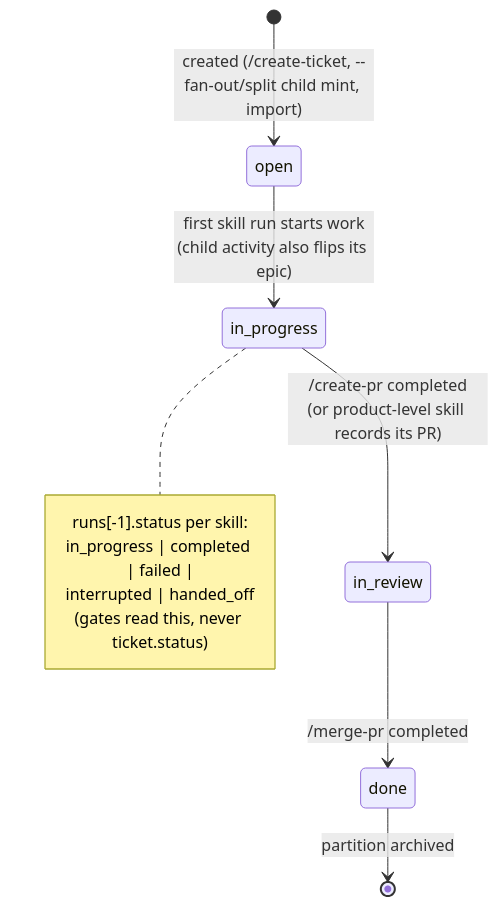
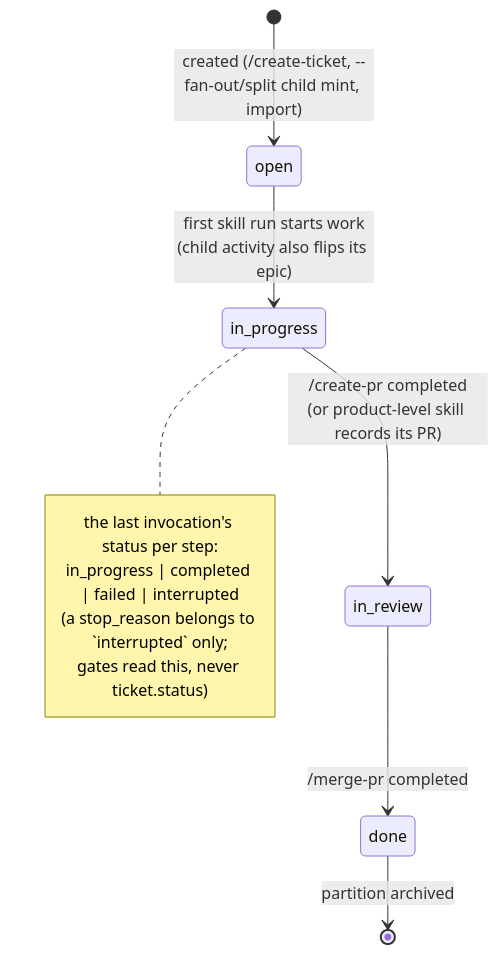
Before and after one commit to globalmindsolution/gms-marketplace: the first of 2 diagrams in docs/architecture/lld/flows/ticket-lifecycle.md, drawn with Mermaid. The commit also changed other lines of this file and 355 other files, not shown here.

````diff
--- a/docs/architecture/lld/flows/ticket-lifecycle.md
+++ b/docs/architecture/lld/flows/ticket-lifecycle.md
@@ -5,15 +5,15 @@
 ```mermaid
 stateDiagram-v2
     [*] --> open: created (/create-ticket, --fan-out/split child mint, import)
     open --> in_progress: first skill run starts work<br/>(child activity also flips its epic)
     in_progress --> in_review: /create-pr completed<br/>(or product-level skill records its PR)
     in_review --> done: /merge-pr completed
     done --> [*]: partition archived
 
     note right of in_progress
-        runs[-1].status per skill:
-        in_progress | completed | failed |
-        interrupted | handed_off
-        (gates read this, never ticket.status)
+        the last invocation's status per step:
+        in_progress | completed | failed | interrupted
+        (a stop_reason belongs to `interrupted` only;
+         gates read this, never ticket.status)
     end note
 ```
````
